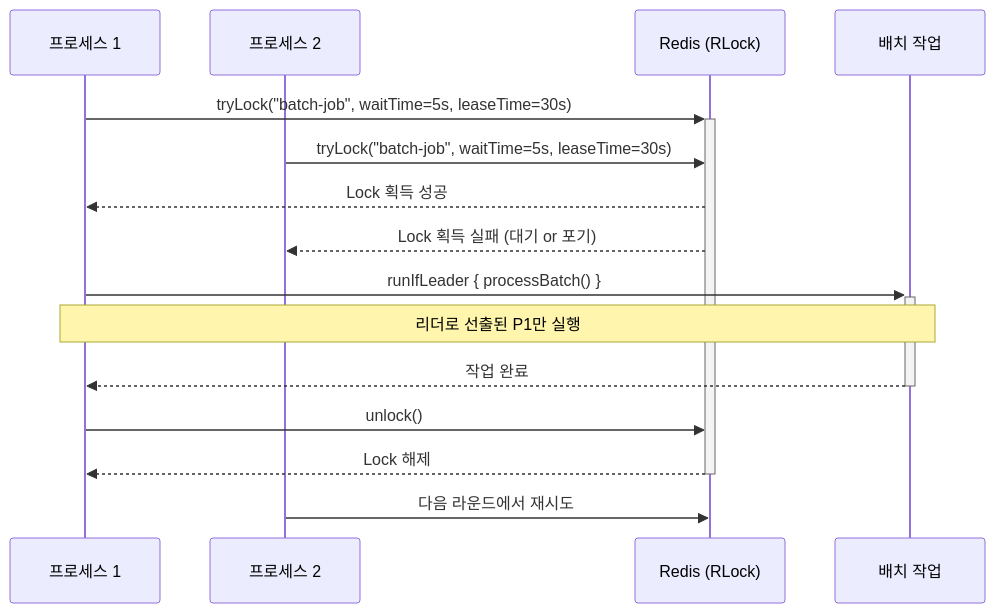
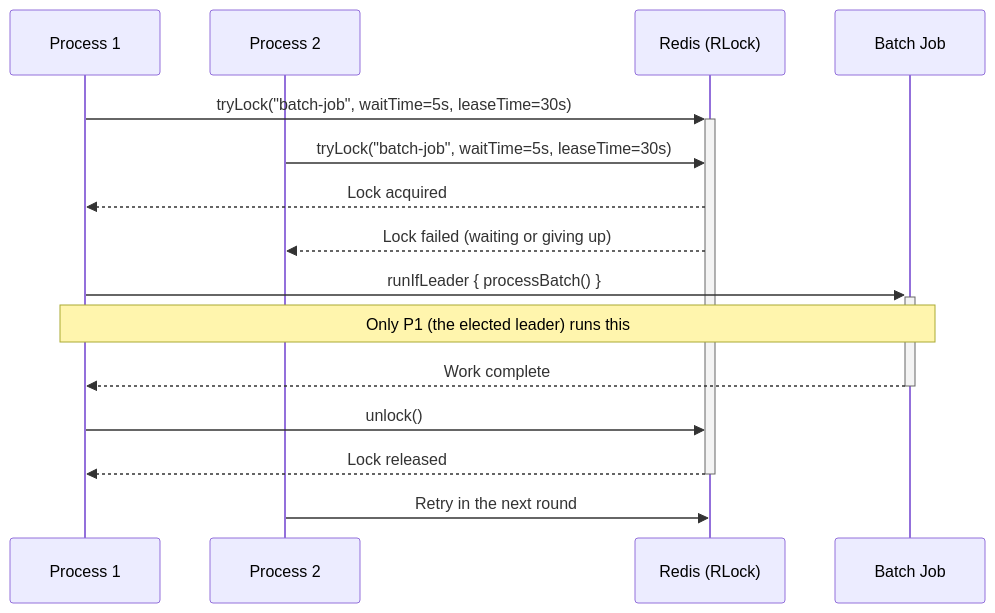
One commit to bluetape4k/bluetape4k-projects changed the second of 4 diagrams in infra/redisson/README.md. Above: the diagram before and after it, drawn with Mermaid. The commit also changed other lines of this file and 265 other files, not shown here.

````diff
--- a/infra/redisson/README.md
+++ b/infra/redisson/README.md
@@ -361,20 +363,20 @@
 ```mermaid
 sequenceDiagram
-    participant P1 as 프로세스 1
-    participant P2 as 프로세스 2
+    participant P1 as Process 1
+    participant P2 as Process 2
     participant Redis as Redis (RLock)
-    participant Job as 배치 작업
+    participant Job as Batch Job
 
     P1->>+Redis: tryLock("batch-job", waitTime=5s, leaseTime=30s)
     P2->>Redis: tryLock("batch-job", waitTime=5s, leaseTime=30s)
-    Redis-->>P1: Lock 획득 성공
-    Redis-->>P2: Lock 획득 실패 (대기 or 포기)
+    Redis-->>P1: Lock acquired
+    Redis-->>P2: Lock failed (waiting or giving up)
 
     P1->>+Job: runIfLeader { processBatch() }
-    Note over P1,Job: 리더로 선출된 P1만 실행
-    Job-->>-P1: 작업 완료
+    Note over P1,Job: Only P1 (the elected leader) runs this
+    Job-->>-P1: Work complete
     P1->>Redis: unlock()
-    Redis-->>-P1: Lock 해제
+    Redis-->>-P1: Lock released
 
-    P2->>Redis: 다음 라운드에서 재시도
+    P2->>Redis: Retry in the next round
 ```
````
